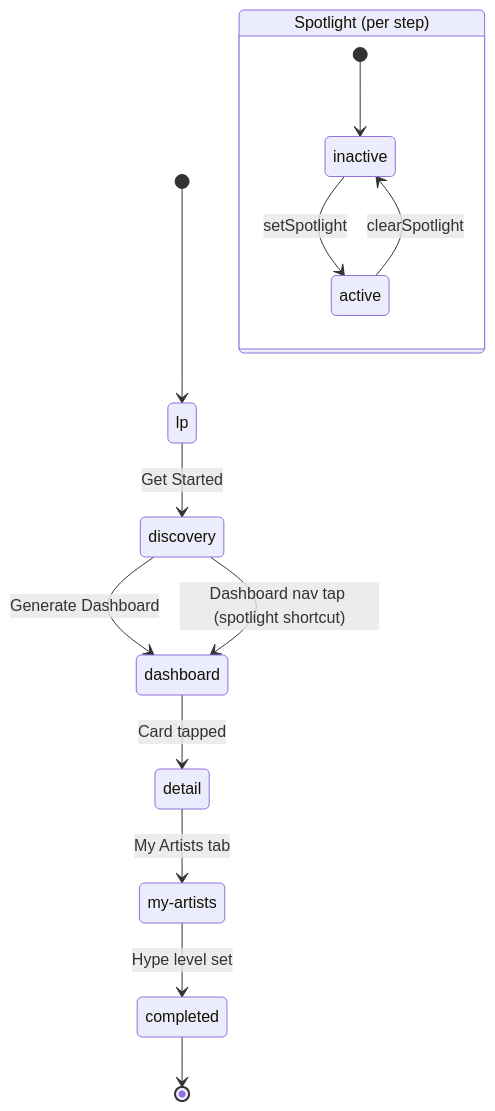
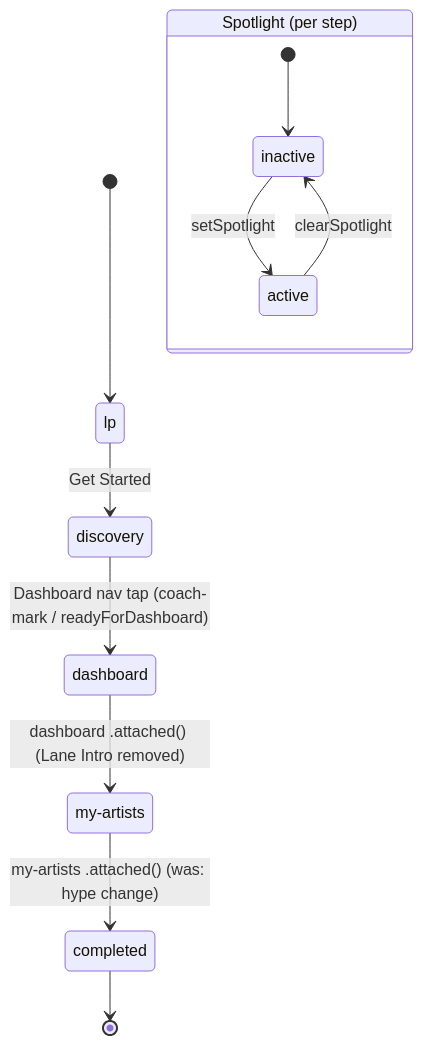
Before and after one commit to liverty-music/specification: the diagram in openspec/specs/state-transition-diagram/spec.md, drawn with Mermaid. The commit also changed other lines of this file and 11 other files, not shown here.

First line of the commit message:
docs(openspec): add relax-onboarding-routing change and fix state diagram

````diff
--- a/openspec/specs/state-transition-diagram/spec.md
+++ b/openspec/specs/state-transition-diagram/spec.md
@@ -47,20 +44,18 @@
 ```mermaid
 stateDiagram-v2
     [*] --> lp
 
     lp --> discovery : Get Started
-    discovery --> dashboard : Generate Dashboard
-    discovery --> dashboard : Dashboard nav tap (spotlight shortcut)
-    dashboard --> detail : Card tapped
+    discovery --> dashboard : Dashboard nav tap (coach-mark / readyForDashboard)
     state "my-artists" as my_artists
-    detail --> my_artists : My Artists tab
-    my_artists --> completed : Hype level set
+    dashboard --> my_artists : dashboard .attached() (Lane Intro removed)
+    my_artists --> completed : my-artists .attached() (was: hype change)
 
     completed --> [*]
 
     state "Spotlight (per step)" as spotlight {
         [*] --> inactive
         inactive --> active : setSpotlight
         active --> inactive : clearSpotlight
     }
 ```
````
